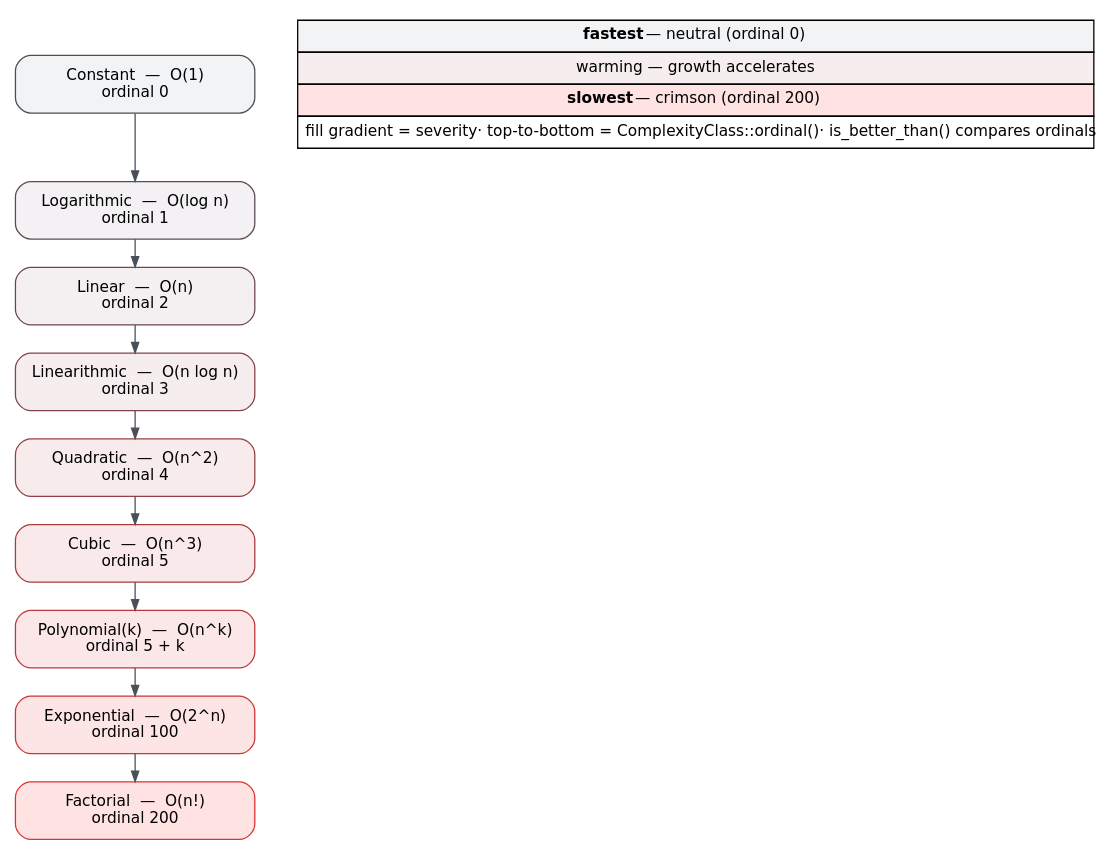
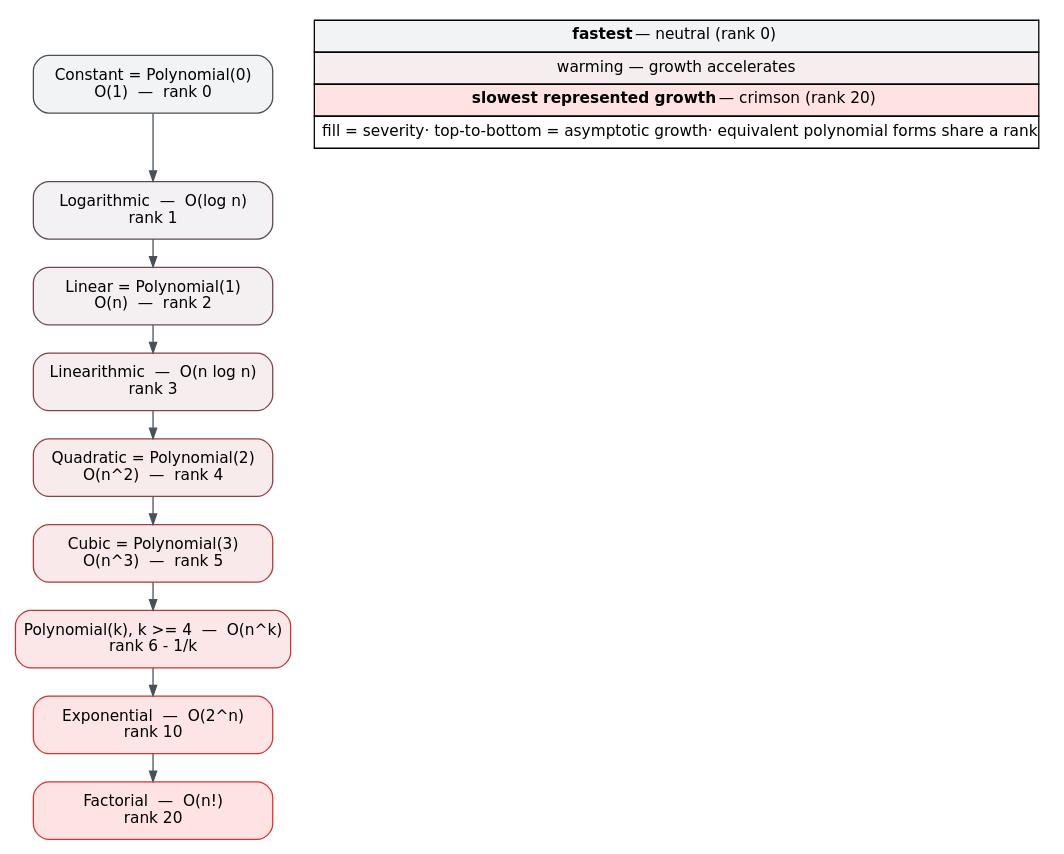
Before and after one commit to vinary-tree/libcpg: the diagram in docs/diagrams/complexity-ladder.dot, drawn with Graphviz. The commit also changed 35 other files, not shown here.

```diff
--- a/docs/diagrams/complexity-ladder.dot
+++ b/docs/diagrams/complexity-ladder.dot
@@ -1,37 +1,37 @@
-// complexity-ladder.dot — ComplexityClass variants, fastest (top) -> slowest (bottom).
-// Vertical order and the "ordinal" line encode ComplexityClass::ordinal(),
-// the key behind ComplexityClass::is_better_than().  Graphviz cannot typeset
+// complexity-ladder.dot — ComplexityClass growth rates, fastest (top) -> slowest (bottom).
+// Vertical order encodes the private growth-faithful rank behind
+// ComplexityClass::is_better_than().  Graphviz cannot typeset
 // LaTeX, so Big-O is written in plain text (O(n^2), O(2^n), ...).
 digraph complexity_ladder {
   bgcolor="white";
   rankdir=TB;
   nodesep=0.35;
   ranksep=0.30;
   node [fontname="DejaVu Sans", shape=box, style="filled,rounded", fontsize=12, width=2.6, height=0.62];
   edge [color="#495057", arrowsize=0.8];
 
-  Constant     [label="Constant  —  O(1)\nordinal 0",        fillcolor="#F1F3F5", color="#495057"];
-  Logarithmic  [label="Logarithmic  —  O(log n)\nordinal 1", fillcolor="#F3F1F3", color="#5C4C52"];
-  Linear       [label="Linear  —  O(n)\nordinal 2",          fillcolor="#F4EFF0", color="#6F484E"];
-  Linearithmic [label="Linearithmic  —  O(n log n)\nordinal 3", fillcolor="#F6EDEE", color="#824449"];
-  Quadratic    [label="Quadratic  —  O(n^2)\nordinal 4",     fillcolor="#F8EBEC", color="#944044"];
-  Cubic        [label="Cubic  —  O(n^3)\nordinal 5",         fillcolor="#FAE9EA", color="#A73D3F"];
-  Polynomial   [label="Polynomial(k)  —  O(n^k)\nordinal 5 + k", fillcolor="#FCE7E8", color="#BA393A"];
-  Exponential  [label="Exponential  —  O(2^n)\nordinal 100", fillcolor="#FDE5E5", color="#CD3536"];
-  Factorial    [label="Factorial  —  O(n!)\nordinal 200",    fillcolor="#FFE3E3", color="#E03131"];
+  Constant     [label="Constant = Polynomial(0)\nO(1)  —  rank 0", fillcolor="#F1F3F5", color="#495057"];
+  Logarithmic  [label="Logarithmic  —  O(log n)\nrank 1", fillcolor="#F3F1F3", color="#5C4C52"];
+  Linear       [label="Linear = Polynomial(1)\nO(n)  —  rank 2", fillcolor="#F4EFF0", color="#6F484E"];
+  Linearithmic [label="Linearithmic  —  O(n log n)\nrank 3", fillcolor="#F6EDEE", color="#824449"];
+  Quadratic    [label="Quadratic = Polynomial(2)\nO(n^2)  —  rank 4", fillcolor="#F8EBEC", color="#944044"];
+  Cubic        [label="Cubic = Polynomial(3)\nO(n^3)  —  rank 5", fillcolor="#FAE9EA", color="#A73D3F"];
+  Polynomial   [label="Polynomial(k), k >= 4  —  O(n^k)\nrank 6 - 1/k", fillcolor="#FCE7E8", color="#BA393A"];
+  Exponential  [label="Exponential  —  O(2^n)\nrank 10", fillcolor="#FDE5E5", color="#CD3536"];
+  Factorial    [label="Factorial  —  O(n!)\nrank 20", fillcolor="#FFE3E3", color="#E03131"];
 
   Constant -> Logarithmic -> Linear -> Linearithmic -> Quadratic
             -> Cubic -> Polynomial -> Exponential -> Factorial;
 
   // Severity axis + legend, pinned beside the top of the ladder.
   legend [shape=plaintext, fillcolor="white", label=<
     <table border="0" cellborder="1" cellspacing="0" cellpadding="5">
-      <tr><td bgcolor="#F1F3F5"><b>fastest</b> — neutral (ordinal 0)</td></tr>
+      <tr><td bgcolor="#F1F3F5"><b>fastest</b> — neutral (rank 0)</td></tr>
       <tr><td bgcolor="#F6EDEE">warming — growth accelerates</td></tr>
-      <tr><td bgcolor="#FFE3E3"><b>slowest</b> — crimson (ordinal 200)</td></tr>
-      <tr><td>fill gradient = severity&#183; top-to-bottom = ComplexityClass::ordinal()&#183; is_better_than() compares ordinals</td></tr>
+      <tr><td bgcolor="#FFE3E3"><b>slowest represented growth</b> — crimson (rank 20)</td></tr>
+      <tr><td>fill = severity&#183; top-to-bottom = asymptotic growth&#183; equivalent polynomial forms share a rank</td></tr>
     </table>
   >];
   { rank=same; Constant; legend; }
   Constant -> legend [style=invis];
 }
```
